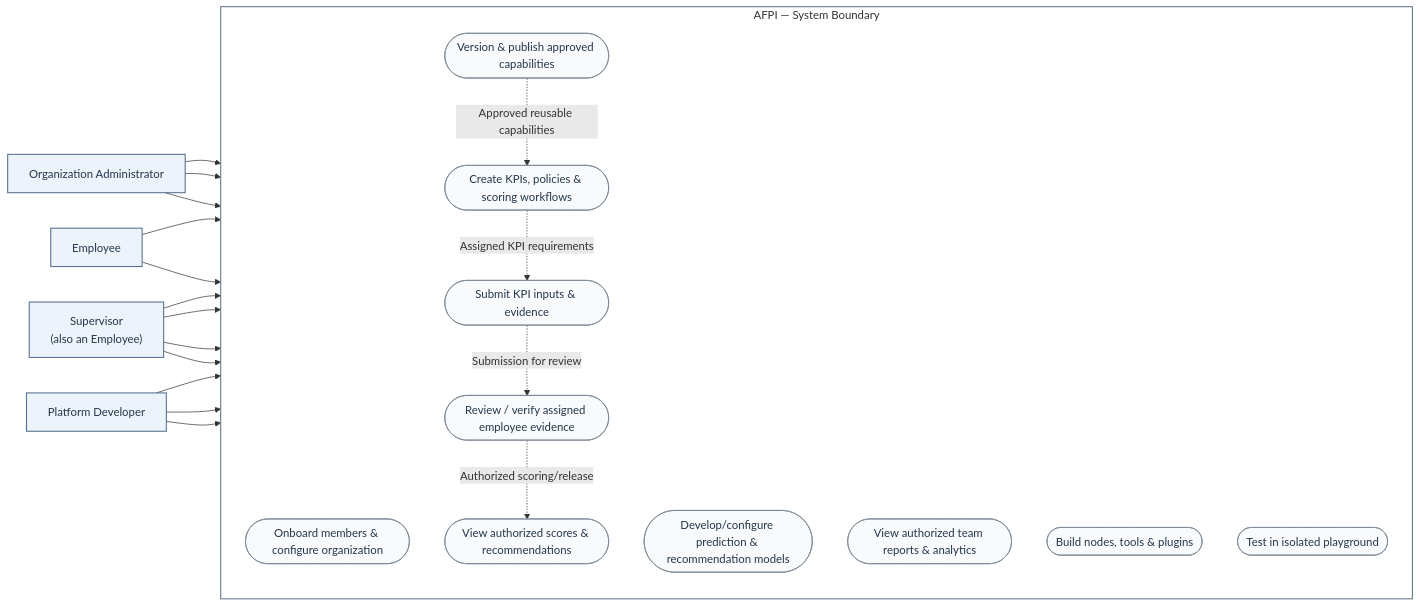
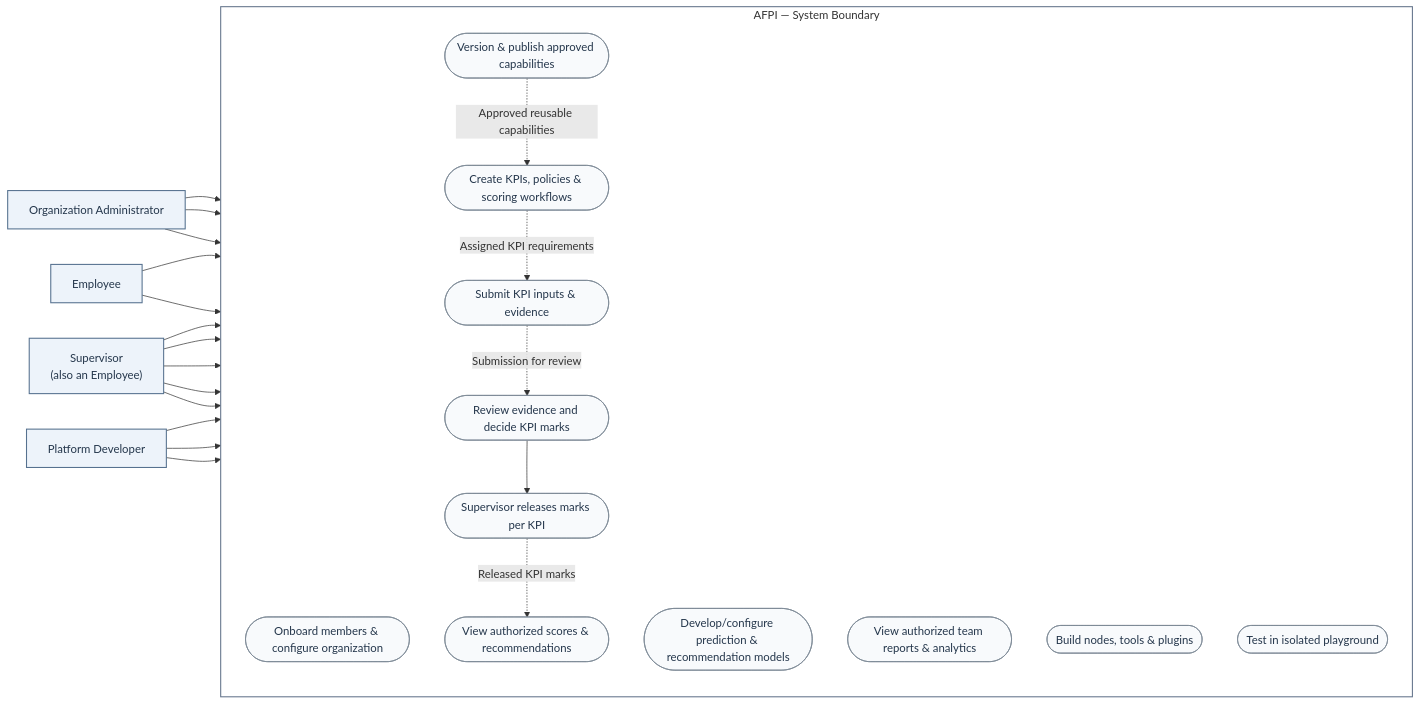
One commit to Kaushiik-13/KCT_AppraisalPortal changed the diagram in docs/project/OVERVIEW.md. Above: the diagram before and after it, drawn with Mermaid. The commit also changed other lines of this file and 18 other files, not shown here.

````diff
--- a/docs/project/OVERVIEW.md
+++ b/docs/project/OVERVIEW.md
@@ -22,48 +22,51 @@
 ```mermaid
 flowchart LR
   org["Organization Administrator"]
   emp["Employee"]
   sup["Supervisor<br/>(also an Employee)"]
   dev["Platform Developer"]
 
   subgraph afpi["AFPI — System Boundary"]
     direction TB
     govern(["Onboard members & configure organization"])
     policy(["Create KPIs, policies & scoring workflows"])
     models(["Develop/configure prediction & recommendation models"])
     submit(["Submit KPI inputs & evidence"])
-    verify(["Review / verify assigned employee evidence"])
+    verify(["Review evidence and decide KPI marks"])
+    release(["Supervisor releases marks per KPI"])
     results(["View authorized scores & recommendations"])
     analytics(["View authorized team reports & analytics"])
     nodes(["Build nodes, tools & plugins"])
     playground(["Test in isolated playground"])
     publish(["Version & publish approved capabilities"])
   end
 
   org --> govern
   org --> policy
   org --> models
 
   emp --> submit
   emp --> results
 
   sup --> submit
   sup --> results
   sup --> verify
+  sup --> release
   sup --> analytics
 
   dev --> nodes
   dev --> playground
   dev --> publish
 
   publish -. "Approved reusable capabilities" .-> policy
   policy -. "Assigned KPI requirements" .-> submit
   submit -. "Submission for review" .-> verify
-  verify -. "Authorized scoring/release" .-> results
+  verify --> release
+  release -. "Released KPI marks" .-> results
 
   classDef actor fill:#edf3fa,stroke:#56718f,color:#24364b,stroke-width:1.5px;
   classDef usecase fill:#f8fafc,stroke:#7b8794,color:#24364b;
   class org,emp,sup,dev actor;
-  class govern,policy,models,submit,verify,results,analytics,nodes,playground,publish usecase;
+  class govern,policy,models,submit,verify,release,results,analytics,nodes,playground,publish usecase;
   style afpi fill:#ffffff,stroke:#64748b,stroke-width:1.5px
 ```
````
